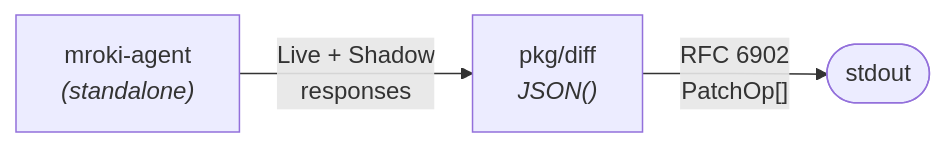
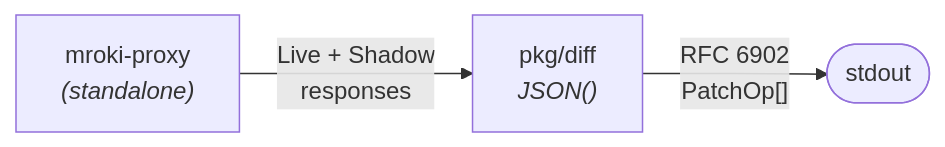
The second of 2 diagrams in docs/architecture/DIFF_ANALYSIS.md (pedrobarco/mroki), drawn with Mermaid before and after one commit. The commit also changed other lines of this file and 32 other files, not shown here.

First line of the commit message:
refactor: rename mroki-agent to mroki-proxy

````diff
--- a/docs/architecture/DIFF_ANALYSIS.md
+++ b/docs/architecture/DIFF_ANALYSIS.md
@@ -58,5 +58,5 @@
 ```mermaid
 graph LR
-    Agent["mroki-agent<br><i>(standalone)</i>"] -->|"Live + Shadow<br>responses"| Diff["pkg/diff<br><i>JSON()</i>"]
+    Proxy["mroki-proxy<br><i>(standalone)</i>"] -->|"Live + Shadow<br>responses"| Diff["pkg/diff<br><i>JSON()</i>"]
     Diff -->|"RFC 6902<br>PatchOp[]"| Stdout([stdout])
 ```
````
